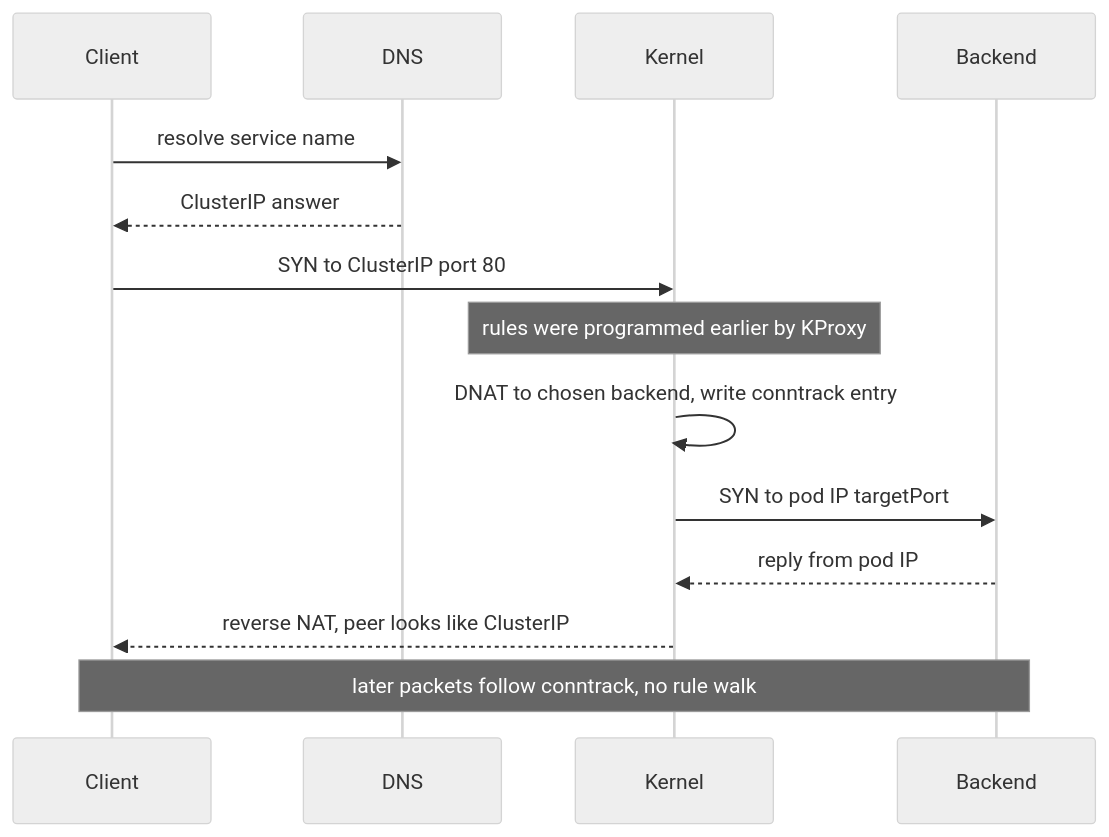
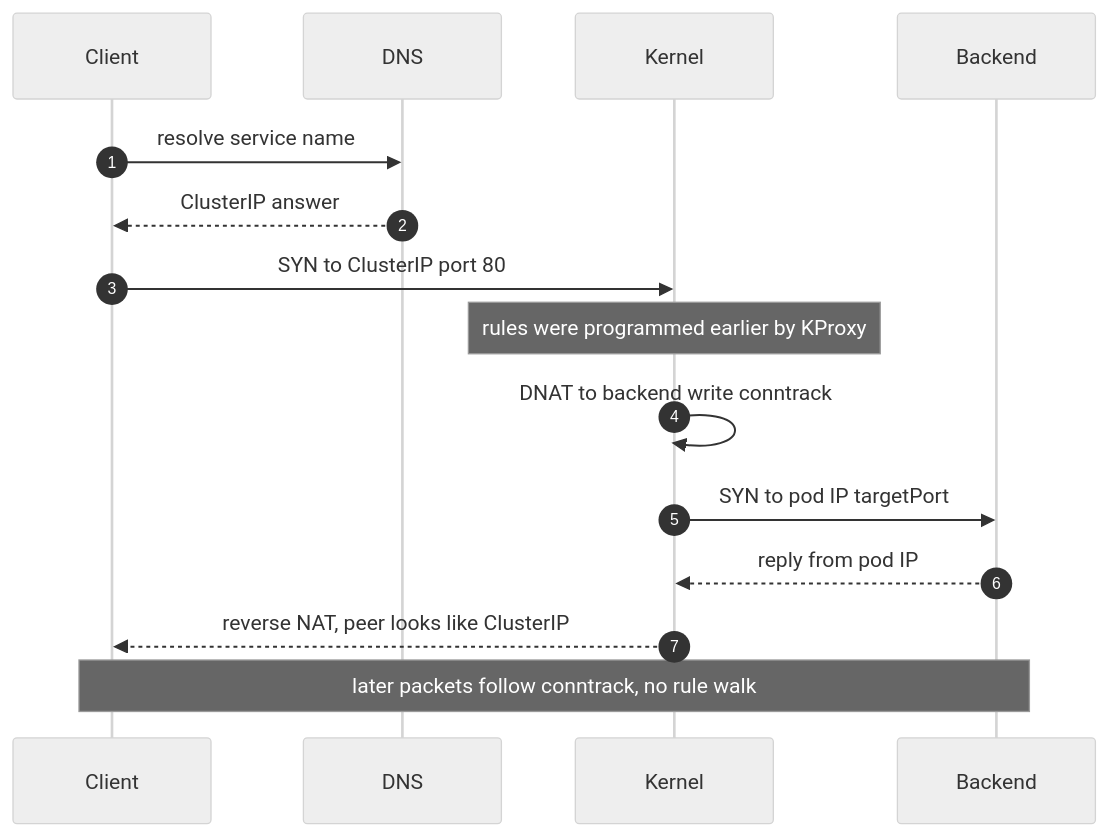
Before and after one commit to sanketsudake/k8s-worksheet: the second of 3 diagrams in chapters/ch07.md, drawn with Mermaid (neutral theme). The commit also changed other lines of this file and 11 other files, not shown here.

````diff
--- a/chapters/ch07.md
+++ b/chapters/ch07.md
@@ -114,16 +114,17 @@
 ```mermaid
 sequenceDiagram
+    autonumber
     participant Client
     participant DNS
     participant Kernel
     participant Backend
     Client->>DNS: resolve service name
     DNS-->>Client: ClusterIP answer
     Client->>Kernel: SYN to ClusterIP port 80
     Note over Kernel: rules were programmed earlier by KProxy
-    Kernel->>Kernel: DNAT to chosen backend, write conntrack entry
+    Kernel->>Kernel: DNAT to backend write conntrack
     Kernel->>Backend: SYN to pod IP targetPort
     Backend-->>Kernel: reply from pod IP
     Kernel-->>Client: reverse NAT, peer looks like ClusterIP
     Note over Client,Backend: later packets follow conntrack, no rule walk
 ```
````
